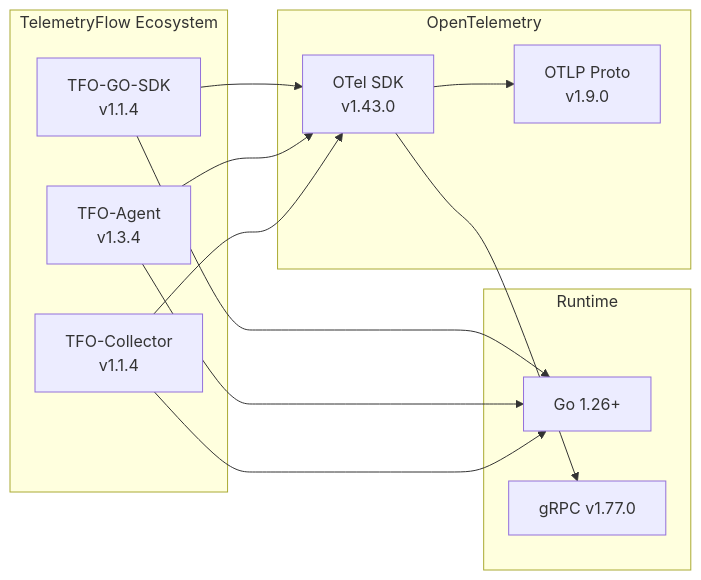
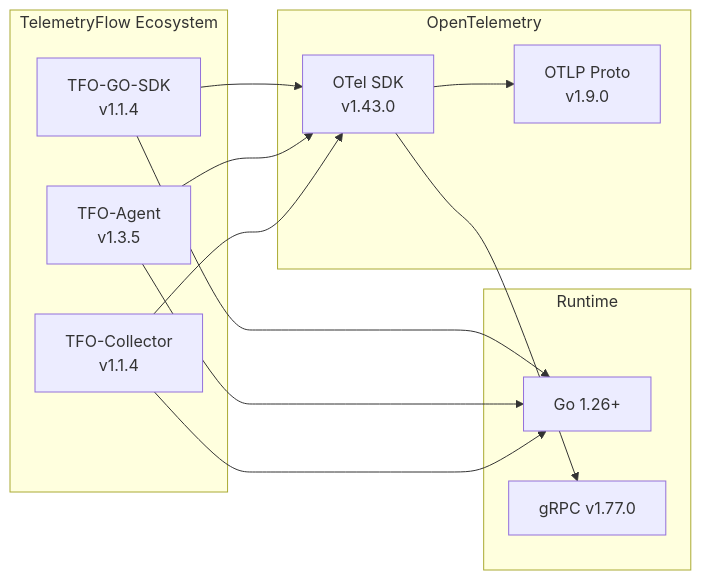
One commit to telemetryflow/telemetryflow-agent changed diagram 13 of 15 in docs/ARCHITECTURE.md. Above: the diagram before and after it, drawn with Mermaid. The commit also changed 31 other files, not shown here.

First line of the commit message:
chore(release): TFO-Agent v1.3.5

````diff
--- a/docs/ARCHITECTURE.md
+++ b/docs/ARCHITECTURE.md
@@ -530,29 +530,29 @@
 ```mermaid
 graph LR
     subgraph "TelemetryFlow Ecosystem"
         SDK[TFO-GO-SDK<br/>v1.1.4]
-        AGENT[TFO-Agent<br/>v1.3.4]
+        AGENT[TFO-Agent<br/>v1.3.5]
         COLL[TFO-Collector<br/>v1.1.4]
     end
 
     subgraph "OpenTelemetry"
         OTEL[OTel SDK<br/>v1.43.0]
         PROTO[OTLP Proto<br/>v1.9.0]
     end
 
     subgraph "Runtime"
         GO[Go 1.26+]
         GRPC[gRPC v1.77.0]
     end
 
     SDK --> OTEL
     AGENT --> OTEL
     COLL --> OTEL
 
     OTEL --> PROTO
     OTEL --> GRPC
 
     SDK --> GO
     AGENT --> GO
     COLL --> GO
 ```
````
